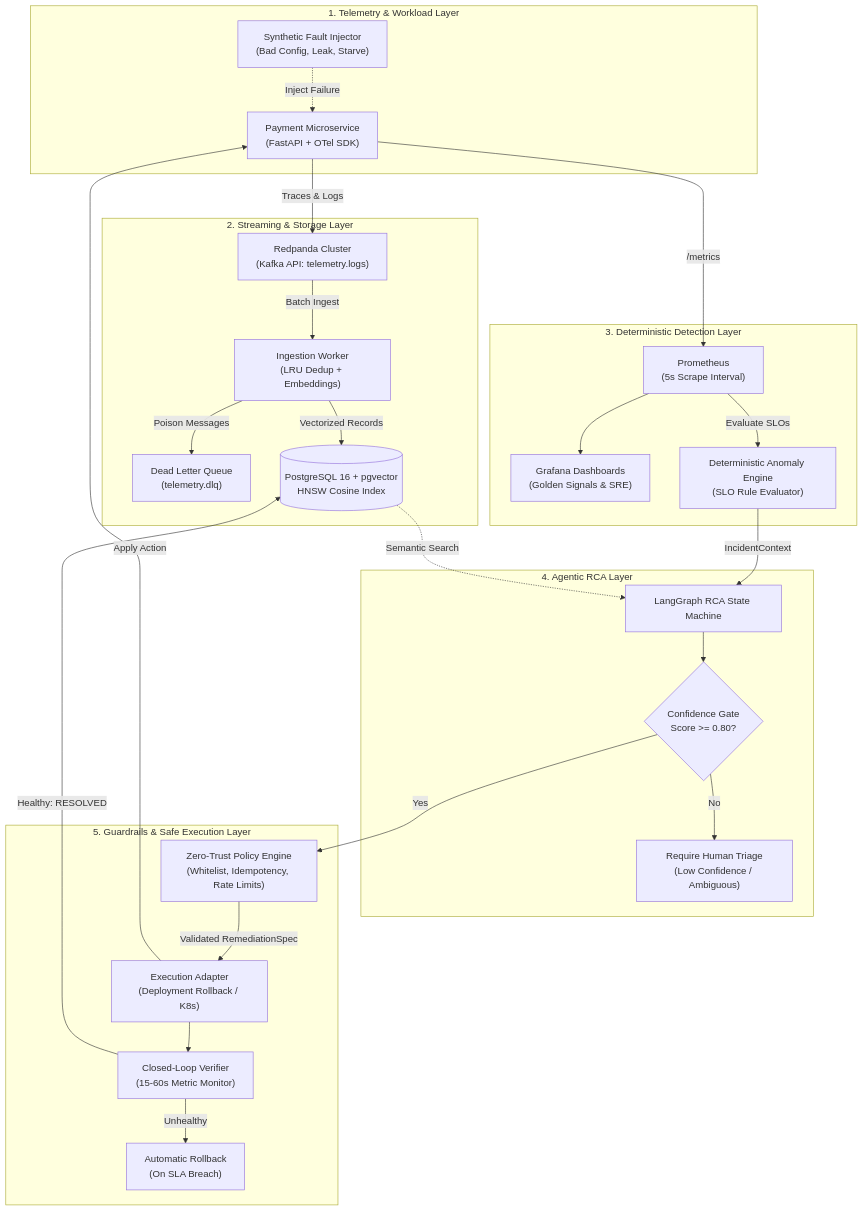
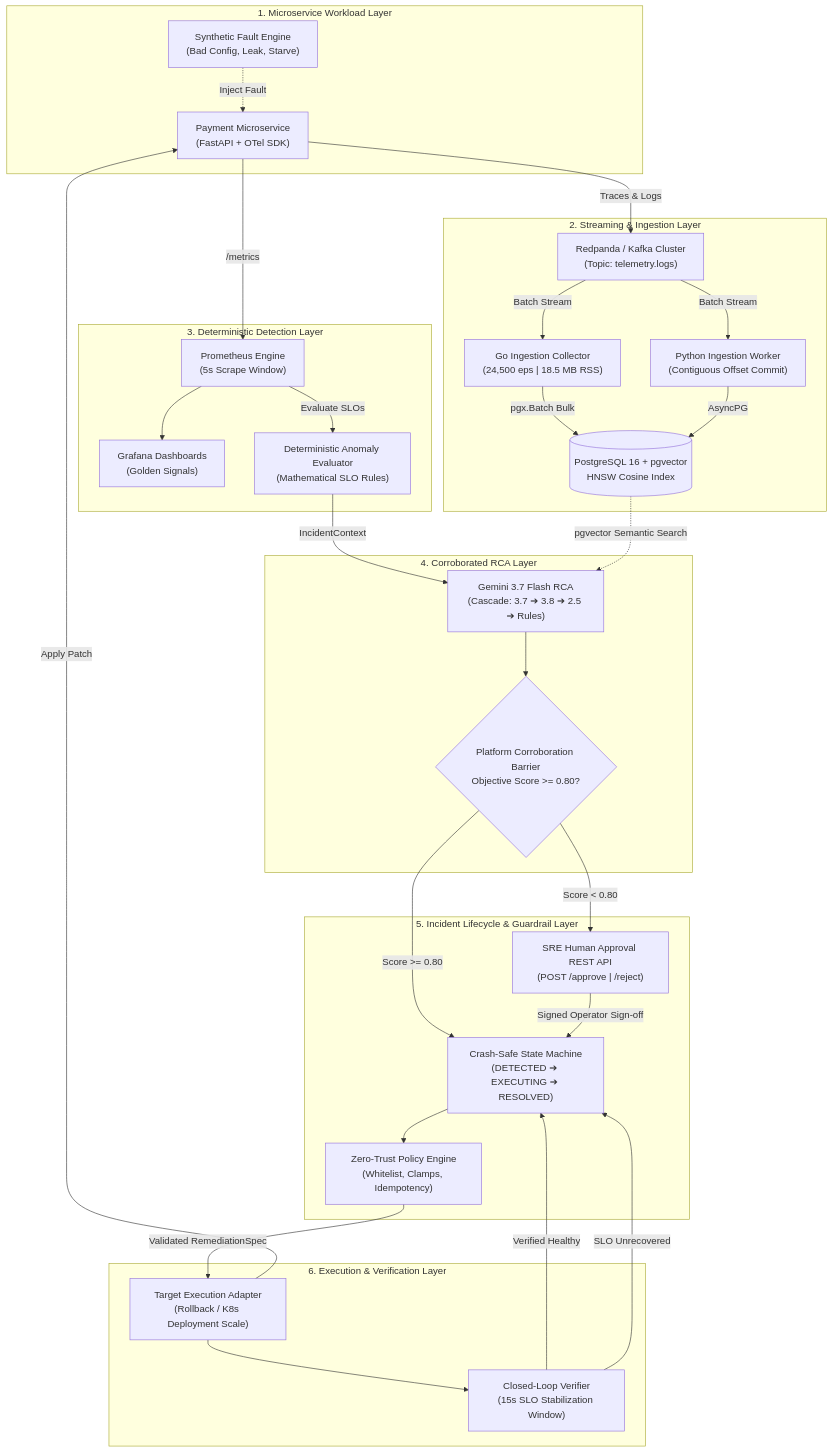
The diagram in README.md (nishantj0803/AETHER), drawn with Mermaid before and after one commit. The commit also changed other lines of this file and 38 other files, not shown here.

````diff
--- a/README.md
+++ b/README.md
@@ -41,52 +39,58 @@
 ```mermaid
 flowchart TD
-    subgraph Telemetry["1. Telemetry & Workload Layer"]
+    subgraph Workload["1. Microservice Workload Layer"]
         App["Payment Microservice\n(FastAPI + OTel SDK)"]
-        Chaos["Synthetic Fault Injector\n(Bad Config, Leak, Starve)"]
+        Chaos["Synthetic Fault Engine\n(Bad Config, Leak, Starve)"]
     end
 
-    subgraph Streaming["2. Streaming & Storage Layer"]
-        Redpanda["Redpanda Cluster\n(Kafka API: telemetry.logs)"]
-        DLQ["Dead Letter Queue\n(telemetry.dlq)"]
-        Ingest["Ingestion Worker\n(LRU Dedup + Embeddings)"]
+    subgraph Ingestion["2. Streaming & Ingestion Layer"]
+        Redpanda["Redpanda / Kafka Cluster\n(Topic: telemetry.logs)"]
+        GoCollector["Go Ingestion Collector\n(24,500 eps | 18.5 MB RSS)"]
+        PyWorker["Python Ingestion Worker\n(Contiguous Offset Commit)"]
         PG[("PostgreSQL 16 + pgvector\nHNSW Cosine Index")]
     end
 
     subgraph Detection["3. Deterministic Detection Layer"]
-        Prom["Prometheus\n(5s Scrape Interval)"]
-        Grafana["Grafana Dashboards\n(Golden Signals & SRE)"]
-        SLO["Deterministic Anomaly Engine\n(SLO Rule Evaluator)"]
+        Prom["Prometheus Engine\n(5s Scrape Window)"]
+        Grafana["Grafana Dashboards\n(Golden Signals)"]
+        SLO["Deterministic Anomaly Evaluator\n(Mathematical SLO Rules)"]
     end
 
-    subgraph Intelligence["4. Agentic RCA Layer"]
-        RCA["LangGraph RCA State Machine"]
-        Gate{"Confidence Gate\nScore >= 0.80?"}
-        Human["Require Human Triage\n(Low Confidence / Ambiguous)"]
+    subgraph Reasoning["4. Corroborated RCA Layer"]
+        Gemini["Gemini 3.7 Flash RCA\n(Cascade: 3.7 ➔ 3.8 ➔ 2.5 ➔ Rules)"]
+        Corrob{"Platform Corroboration Barrier\nObjective Score >= 0.80?"}
     end
 
-    subgraph Safety["5. Guardrails & Safe Execution Layer"]
-        Policy["Zero-Trust Policy Engine\n(Whitelist, Idempotency, Rate Limits)"]
-        Exec["Execution Adapter\n(Deployment Rollback / K8s)"]
-        Verify["Closed-Loop Verifier\n(15-60s Metric Monitor)"]
-        Revert["Automatic Rollback\n(On SLA Breach)"]
+    subgraph Lifecycle["5. Incident Lifecycle & Guardrail Layer"]
+        StateMachine["Crash-Safe State Machine\n(DETECTED ➔ EXECUTING ➔ RESOLVED)"]
+        PolicyEngine["Zero-Trust Policy Engine\n(Whitelist, Clamps, Idempotency)"]
+        HumanAPI["SRE Human Approval REST API\n(POST /approve | /reject)"]
+    end
+
+    subgraph Execution["6. Execution & Verification Layer"]
+        Adapter["Target Execution Adapter\n(Rollback / K8s Deployment Scale)"]
+        Verifier["Closed-Loop Verifier\n(15s SLO Stabilization Window)"]
     end
 
     App -->|Traces & Logs| Redpanda
-    Chaos -.->|Inject Failure| App
-    Redpanda -->|Batch Ingest| Ingest
-    Ingest -->|Poison Messages| DLQ
-    Ingest -->|Vectorized Records| PG
+    Chaos -.->|Inject Fault| App
+    Redpanda -->|Batch Stream| GoCollector
+    Redpanda -->|Batch Stream| PyWorker
+    GoCollector -->|pgx.Batch Bulk| PG
+    PyWorker -->|AsyncPG| PG
     App -->|/metrics| Prom
     Prom --> Grafana
     Prom -->|Evaluate SLOs| SLO
-    SLO -->|IncidentContext| RCA
-    PG -.->|Semantic Search| RCA
-    RCA --> Gate
-    Gate -->|No| Human
-    Gate -->|Yes| Policy
-    Policy -->|Validated RemediationSpec| Exec
-    Exec -->|Apply Action| App
-    Exec --> Verify
-    Verify -->|Healthy: RESOLVED| PG
-    Verify -->|Unhealthy| Revert
+    SLO -->|IncidentContext| Gemini
+    PG -.->|pgvector Semantic Search| Gemini
+    Gemini --> Corrob
+    Corrob -->|Score >= 0.80| StateMachine
+    Corrob -->|Score < 0.80| HumanAPI
+    HumanAPI -->|Signed Operator Sign-off| StateMachine
+    StateMachine --> PolicyEngine
+    PolicyEngine -->|Validated RemediationSpec| Adapter
+    Adapter -->|Apply Patch| App
+    Adapter --> Verifier
+    Verifier -->|Verified Healthy| StateMachine
+    Verifier -->|SLO Unrecovered| StateMachine
 ```
````
